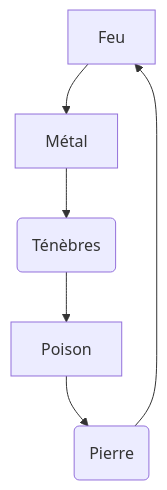
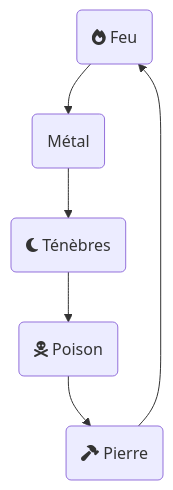
Before and after one commit to de-dale/wiki: the third of 3 diagrams in home/howto/mermaid.md, drawn with Mermaid. The commit also changed other lines of this file, not shown here.

Commit message:
docs: update home/howto/mermaid

````diff
--- a/home/howto/mermaid.md
+++ b/home/howto/mermaid.md
@@ -58,14 +70,16 @@
 ```mermaid
 graph TD
-  Feu --> Métal
-  Métal --> Ténèbres(Ténèbres)
-  Ténèbres --> Poison
-  Poison --> Pierre(Pierre)
-  Pierre --> Feu
+  Feu --> Métal(Métal)
+  Métal --> Ténèbres(fa:fa-moon Ténèbres)
+  Ténèbres --> Poison(fa:fa-skull-crossbones Poison)
+  Poison --> Pierre(fa:fa-hammer Pierre)
+  Pierre --> Feu(fa:fa-fire Feu)
+  
+
   
   %%Ténèbres --> Feu
   %%Feu --> Poison
   %%Poison --> Métal
   %%Métal --> Pierre
   %%Pierre --> Ténèbres
 ```
````
